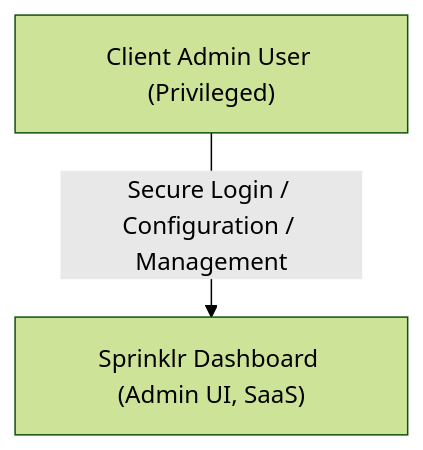
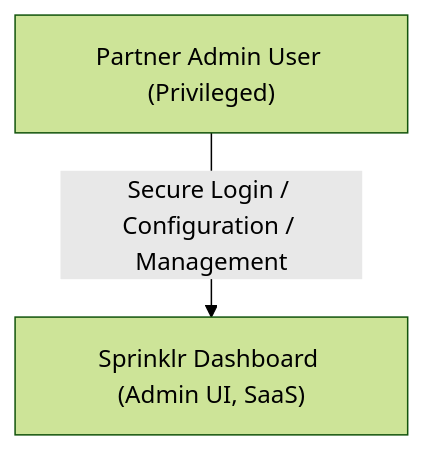
One commit to studiogangster/task-threat-model-realtime-livechat changed the second of 3 diagrams in docs/2. Secure Architecture/trust_boundary.md. Above: the diagram before and after it, drawn with Mermaid (forest theme). The commit also changed other lines of this file and 3 other files, not shown here.

````diff
--- a/docs/2. Secure Architecture/trust_boundary.md
+++ b/docs/2. Secure Architecture/trust_boundary.md
@@ -54,7 +54,7 @@
 ```mermaid
 flowchart TD
-  CAU["Client Admin User (Privileged)"]
+  CAU["Partner Admin User (Privileged)"]
   SD["Sprinklr Dashboard (Admin UI, SaaS)"]
 
   CAU -- "Secure Login / Configuration / Management" --> SD
 ```
````
